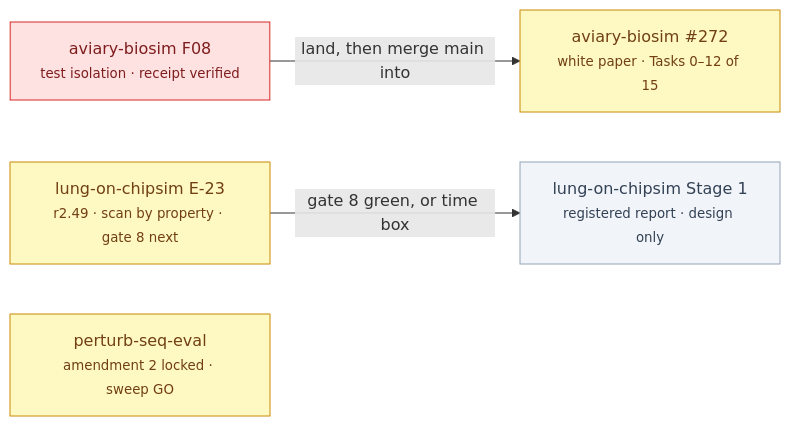
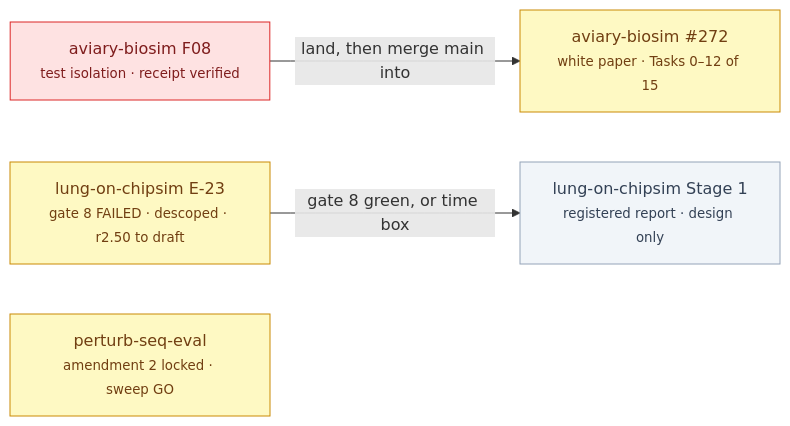
The diagram in docs/hacp/build.md (supmo668/bioFM), drawn with Mermaid before and after one commit. The commit also changed other lines of this file and 6 other files, not shown here.

First line of the commit message:
main/cto: coord(lung-on-chipsim): #492 — row 55 route corrected by appended row (standing time-box ruling applied; principal-confirmed verbatim); route convention adopted; HACP local rows mirrored (decision/risk/build/eval/index)

````diff
--- a/docs/hacp/build.md
+++ b/docs/hacp/build.md
@@ -11,13 +11,13 @@
 ```mermaid
 flowchart LR
   classDef done fill:#f1f5f9,stroke:#94a3b8,color:#334155
   classDef live fill:#fef9c3,stroke:#ca8a04,color:#713f12
   classDef wait fill:#fee2e2,stroke:#dc2626,color:#7f1d1d
   A1["aviary-biosim F08<br/><small>test isolation · receipt verified</small>"]:::wait
   A2["aviary-biosim #272<br/><small>white paper · Tasks 0–12 of 15</small>"]:::live
-  L1["lung-on-chipsim E-23<br/><small>r2.49 · scan by property · gate 8 next</small>"]:::live
+  L1["lung-on-chipsim E-23<br/><small>gate 8 FAILED · descoped · r2.50 to draft</small>"]:::live
   L2["lung-on-chipsim Stage 1<br/><small>registered report · design only</small>"]:::done
   Q1["perturb-seq-eval<br/><small>amendment 2 locked · sweep GO</small>"]:::live
   A1 -->|"land, then merge main into"| A2
   L1 -->|"gate 8 green, or time box"| L2
 ```
````
